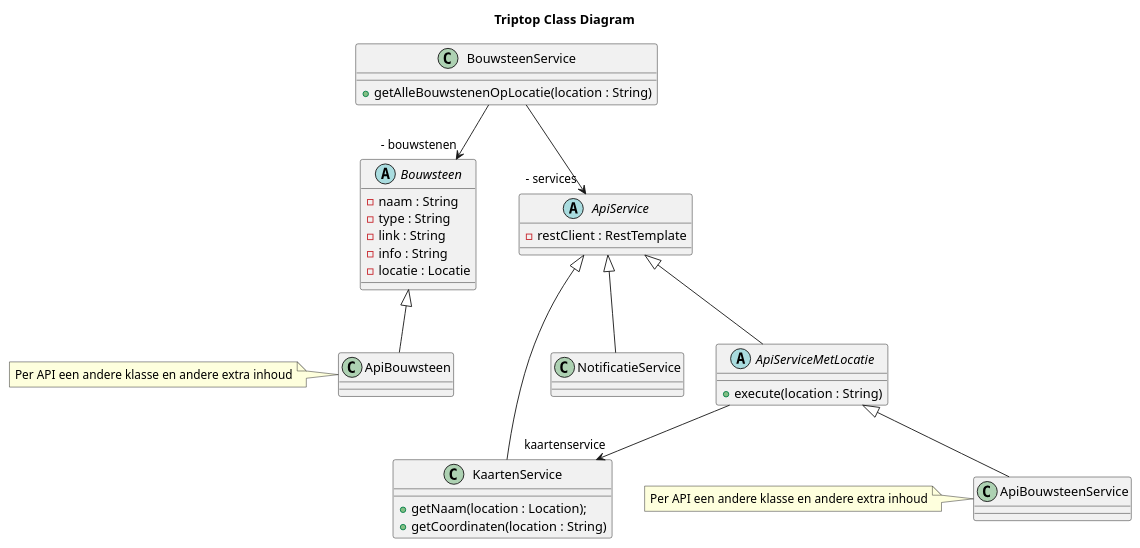
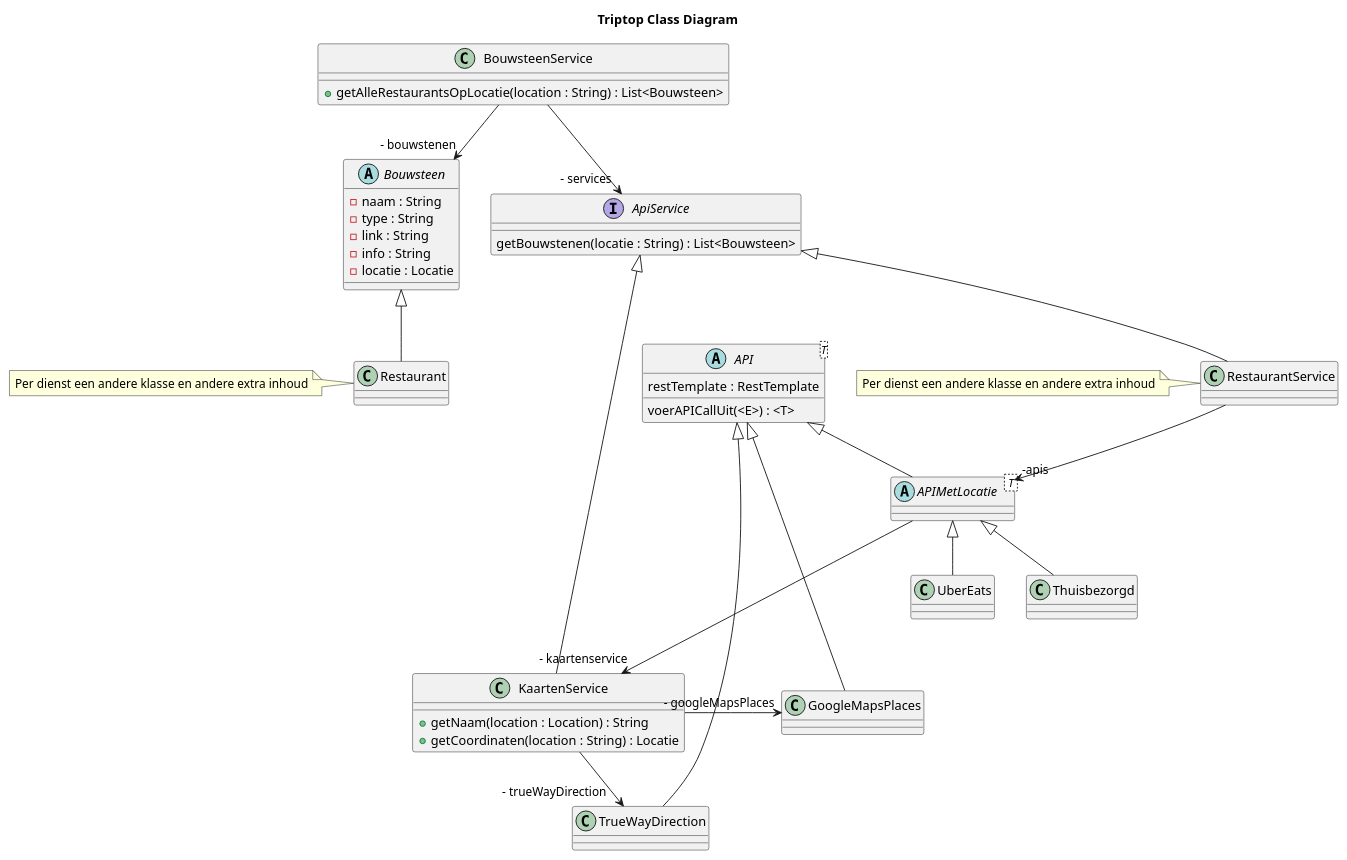
Before and after one commit to AIM-ENE-feb25/triptop-groep-1-met-third-wheel: the diagram in individueel/diagram/class/Rianne-TripTopClassDiagram.puml, drawn with PlantUML. The commit also changed 1 other file, not shown here.

Commit message:
Diagrammen
Klasse diagram en Sequence diagram

```diff
--- a/individueel/diagram/class/Rianne-TripTopClassDiagram.puml
+++ b/individueel/diagram/class/Rianne-TripTopClassDiagram.puml
@@ -1,42 +1,56 @@
 @startuml
 title Triptop Class Diagram
+
 class BouwsteenService{
-  +getAlleBouwstenenOpLocatie(location : String)
+  +getAlleRestaurantsOpLocatie(location : String) : List<Bouwsteen>
 }
 
 abstract class Bouwsteen {
     - naam : String
     - type : String
     - link : String
     - info : String
     - locatie : Locatie
 }
 
-class ApiBouwsteen
-note left: Per API een andere klasse en andere extra inhoud
+class Restaurant
+note left: Per dienst een andere klasse en andere extra inhoud
 
-abstract class ApiService{
-    - restClient : RestTemplate
+interface ApiService{
+    getBouwstenen(locatie : String) : List<Bouwsteen>
 }
-class NotificatieService
 
-abstract class ApiServiceMetLocatie{
-    +execute(location : String)
+class KaartenService{
+    +getNaam(location : Location) : String
+    +getCoordinaten(location : String) : Locatie
 }
-class KaartenService{
-    +getNaam(location : Location);
-    +getCoordinaten(location : String)
+
+abstract class API <T> {
+    restTemplate : RestTemplate
+    voerAPICallUit(<E>) : <T>
 }
-class ApiBouwsteenService
-note left: Per API een andere klasse en andere extra inhoud
 
+abstract class APIMetLocatie < T >
+
+class UberEats
+class Thuisbezorgd
+class GoogleMapsPlaces
+class TrueWayDirection
+class RestaurantService
+note left: Per dienst een andere klasse en andere extra inhoud
 
 BouwsteenService -->"- bouwstenen" Bouwsteen
-Bouwsteen ^-- ApiBouwsteen
-BouwsteenService --> " - services" ApiService
-ApiService ^-- NotificatieService
+Bouwsteen ^-- Restaurant
+BouwsteenService -->" - services" ApiService
+ApiService ^-- RestaurantService
+API ^-- APIMetLocatie
+APIMetLocatie ---> "- kaartenservice" KaartenService
+APIMetLocatie ^-- UberEats
+APIMetLocatie ^-- Thuisbezorgd
 ApiService ^-- KaartenService
-ApiService ^-- ApiServiceMetLocatie
-ApiServiceMetLocatie --> "kaartenservice"KaartenService
-ApiServiceMetLocatie ^-- "ApiBouwsteenService"
+RestaurantService --> "-apis" APIMetLocatie
+API ^-- TrueWayDirection
+API ^-- GoogleMapsPlaces
+KaartenService -->"- trueWayDirection" TrueWayDirection
+KaartenService ->"- googleMapsPlaces" GoogleMapsPlaces
 @enduml
```
